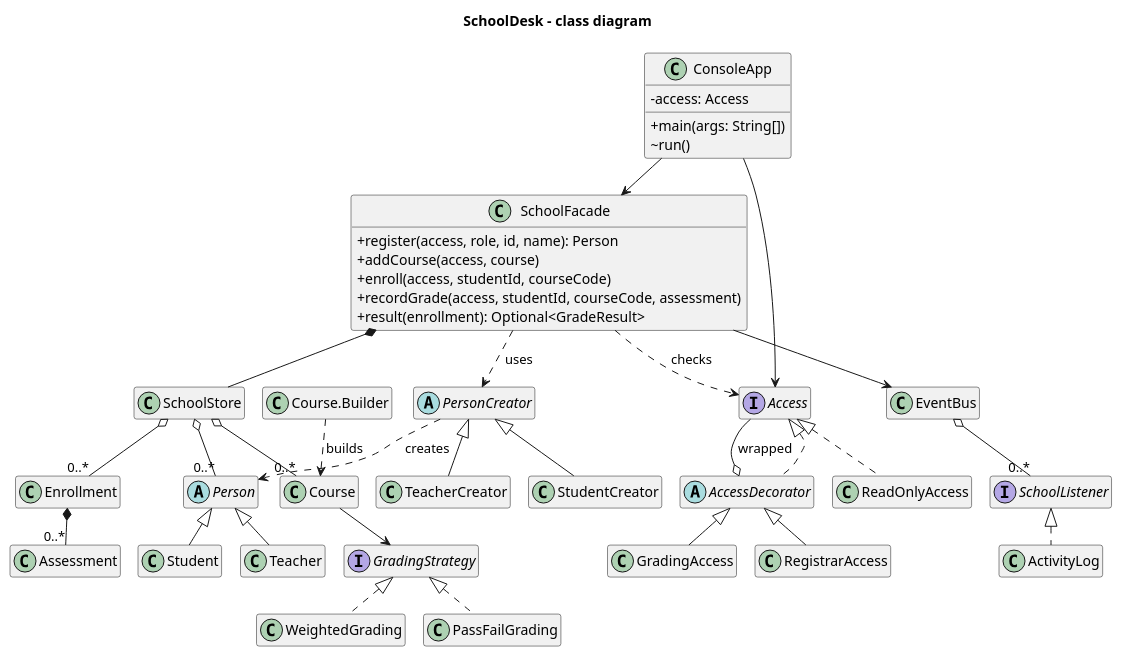
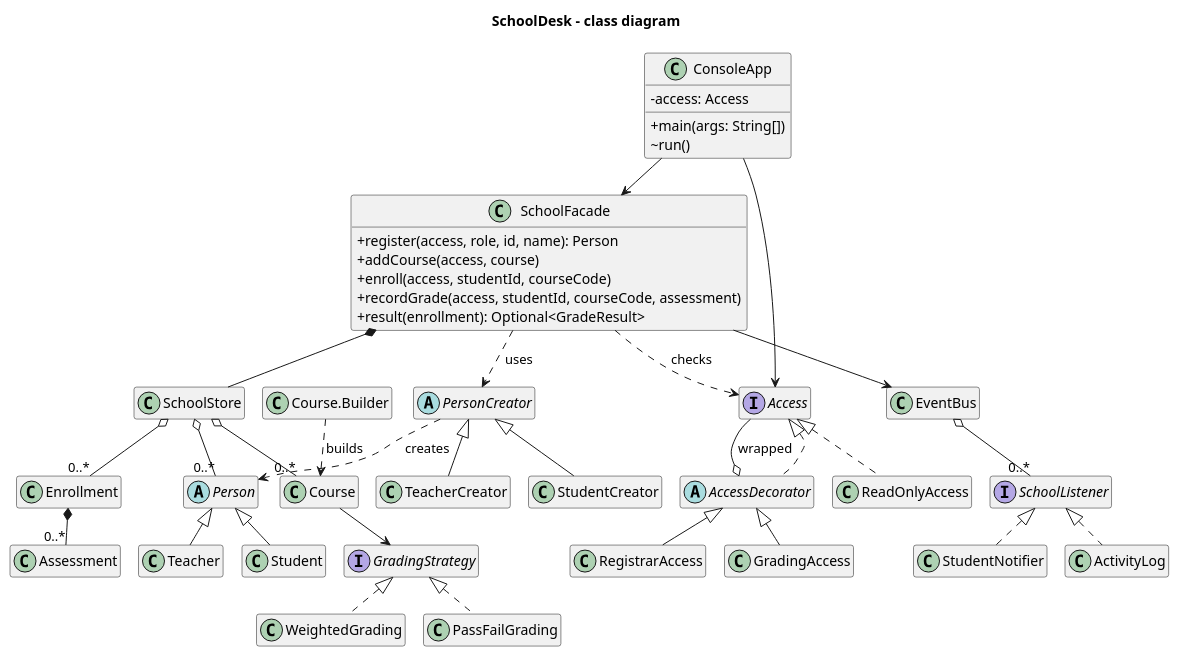
The diagram in docs/uml/class-overview.puml (Asylstyle/school-management-system), drawn with PlantUML before and after one commit. The commit also changed 12 other files, not shown here.

Commit message:
Update report, diagrams and screenshots for StudentNotifier

```diff
--- a/docs/uml/class-overview.puml
+++ b/docs/uml/class-overview.puml
@@ -1,69 +1,71 @@
 @startuml class-overview
 !pragma layout smetana
 title SchoolDesk - class diagram
 skinparam classAttributeIconSize 0
 skinparam shadowing false
 hide empty members
 
 class ConsoleApp {
   -access: Access
   +main(args: String[])
   ~run()
 }
 class SchoolFacade {
   +register(access, role, id, name): Person
   +addCourse(access, course)
   +enroll(access, studentId, courseCode)
   +recordGrade(access, studentId, courseCode, assessment)
   +result(enrollment): Optional<GradeResult>
 }
 class SchoolStore
 class EventBus
 interface SchoolListener
 class ActivityLog
+class StudentNotifier
 abstract class PersonCreator
 class StudentCreator
 class TeacherCreator
 abstract class Person
 class Student
 class Teacher
 interface Access
 class ReadOnlyAccess
 abstract class AccessDecorator
 class RegistrarAccess
 class GradingAccess
 class Course
 class "Course.Builder" as CourseBuilder
 interface GradingStrategy
 class WeightedGrading
 class PassFailGrading
 class Enrollment
 class Assessment
 
 ConsoleApp --> SchoolFacade
 ConsoleApp --> Access
 SchoolFacade *-- SchoolStore
 SchoolFacade --> EventBus
 SchoolFacade ..> PersonCreator : uses
 SchoolFacade ..> Access : checks
 EventBus o-- "0..*" SchoolListener
 SchoolListener <|.. ActivityLog
+SchoolListener <|.. StudentNotifier
 PersonCreator <|-- StudentCreator
 PersonCreator <|-- TeacherCreator
 Person <|-- Student
 Person <|-- Teacher
 PersonCreator ..> Person : creates
 Access <|.. ReadOnlyAccess
 Access <|.. AccessDecorator
 AccessDecorator o-- Access : wrapped
 AccessDecorator <|-- RegistrarAccess
 AccessDecorator <|-- GradingAccess
 CourseBuilder ..> Course : builds
 Course --> GradingStrategy
 GradingStrategy <|.. WeightedGrading
 GradingStrategy <|.. PassFailGrading
 SchoolStore o-- "0..*" Person
 SchoolStore o-- "0..*" Course
 SchoolStore o-- "0..*" Enrollment
 Enrollment *-- "0..*" Assessment
 @enduml
```
